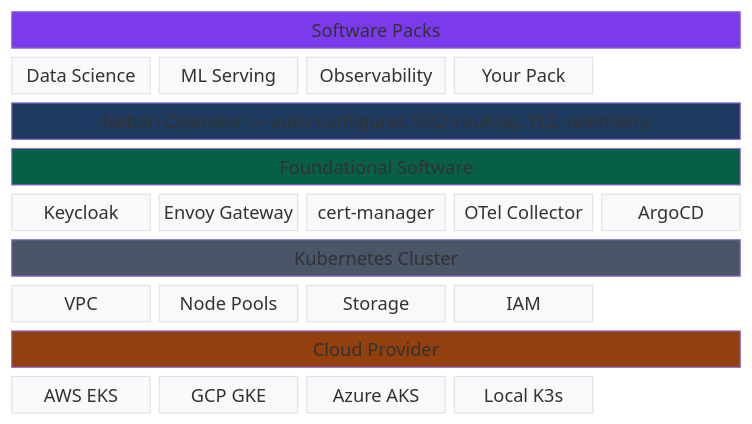
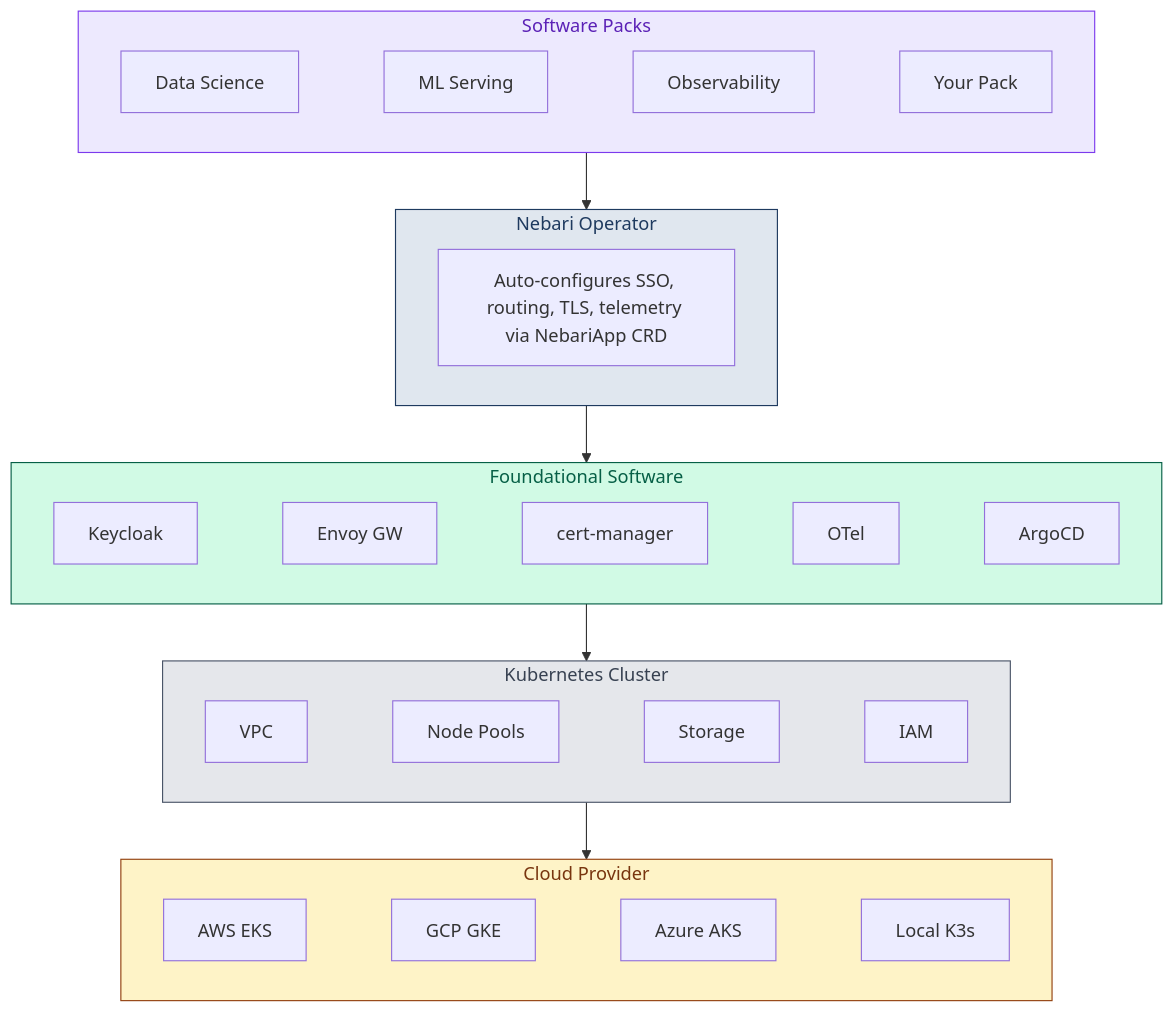
One commit to nebari-dev/nebari-infrastructure-core changed the first of 2 diagrams in README.md. Above: the diagram before and after it, drawn with Mermaid.

Commit message:
Switch to flowchart with LR subgraphs for readable layout

````diff
--- a/README.md
+++ b/README.md
@@ -55,32 +55,34 @@
 ```mermaid
-block-beta
-  columns 5
+flowchart TD
+  subgraph SP["Software Packs"]
+    direction LR
+    ds["Data Science"] ~~~ ml["ML Serving"] ~~~ obs["Observability"] ~~~ custom["Your Pack"]
+  end
 
-  sp["Software Packs"]:5
-  ds["Data Science"] ml["ML Serving"] obs["Observability"] custom["Your Pack"] space
+  subgraph NO["Nebari Operator"]
+    op["Auto-configures SSO, routing, TLS, telemetry via NebariApp CRD"]
+  end
 
-  no["Nebari Operator — auto-configures SSO, routing, TLS, telemetry"]:5
+  subgraph FS["Foundational Software"]
+    direction LR
+    kc["Keycloak"] ~~~ eg["Envoy GW"] ~~~ cm["cert-manager"] ~~~ ot["OTel"] ~~~ ac["ArgoCD"]
+  end
 
-  fs["Foundational Software"]:5
-  kc["Keycloak"] eg["Envoy Gateway"] cm["cert-manager"] ot["OTel Collector"] ac["ArgoCD"]
+  subgraph K8["Kubernetes Cluster"]
+    direction LR
+    vpc["VPC"] ~~~ np["Node Pools"] ~~~ st["Storage"] ~~~ iam["IAM"]
+  end
 
-  k8["Kubernetes Cluster"]:5
-  vpc["VPC"] np["Node Pools"] st["Storage"] iam["IAM"] space
+  subgraph CP["Cloud Provider"]
+    direction LR
+    aws["AWS EKS"] ~~~ gcp["GCP GKE"] ~~~ az["Azure AKS"] ~~~ k3s["Local K3s"]
+  end
 
-  cp["Cloud Provider"]:5
-  aws["AWS EKS"] gcp["GCP GKE"] az["Azure AKS"] k3s["Local K3s"] space
+  SP --> NO --> FS --> K8 --> CP
 
-  classDef purple fill:#7c3aed,color:#fff
-  classDef navy fill:#1e3a5f,color:#fff
-  classDef green fill:#065f46,color:#fff
-  classDef gray fill:#4a5568,color:#fff
-  classDef brown fill:#92400e,color:#fff
-  classDef light fill:#f8f9fa,stroke:#dee2e6,color:#333
-
-  class sp purple
-  class no navy
-  class fs green
-  class k8 gray
-  class cp brown
-  class ds,ml,obs,custom,kc,eg,cm,ot,ac,vpc,np,st,iam,aws,gcp,az,k3s light
+  style SP fill:#ede9fe,stroke:#7c3aed,color:#5b21b6
+  style NO fill:#e0e7ef,stroke:#1e3a5f,color:#1e3a5f
+  style FS fill:#d1fae5,stroke:#065f46,color:#065f46
+  style K8 fill:#e5e7eb,stroke:#4a5568,color:#374151
+  style CP fill:#fef3c7,stroke:#92400e,color:#78350f
 ```
````
